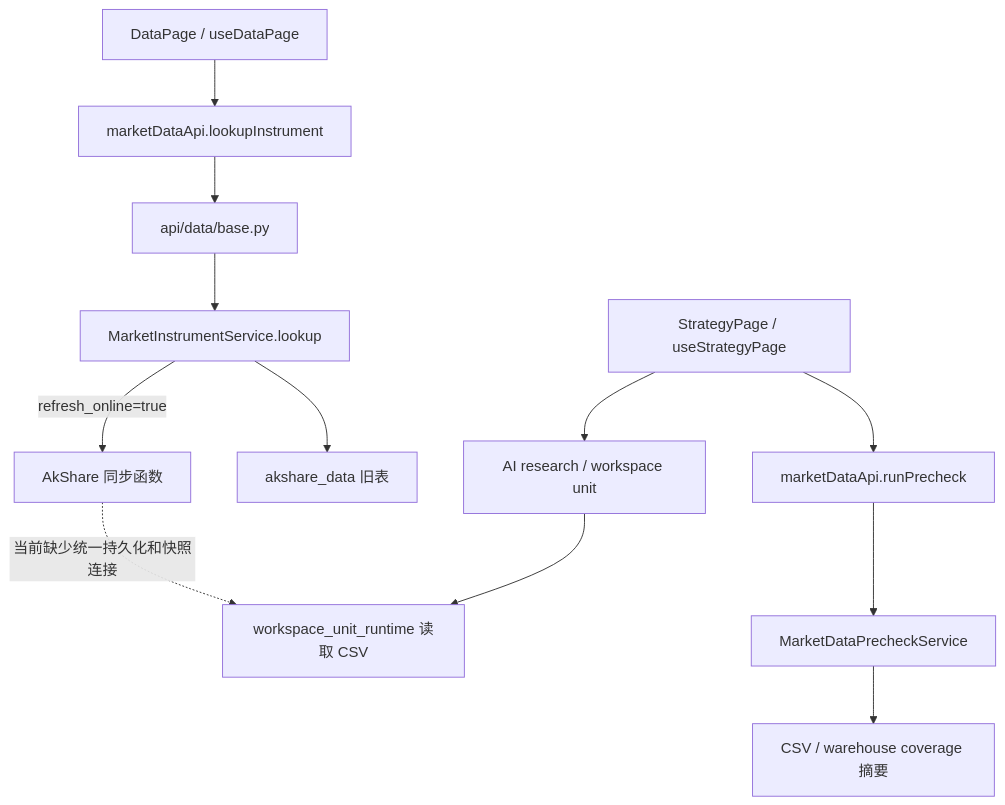
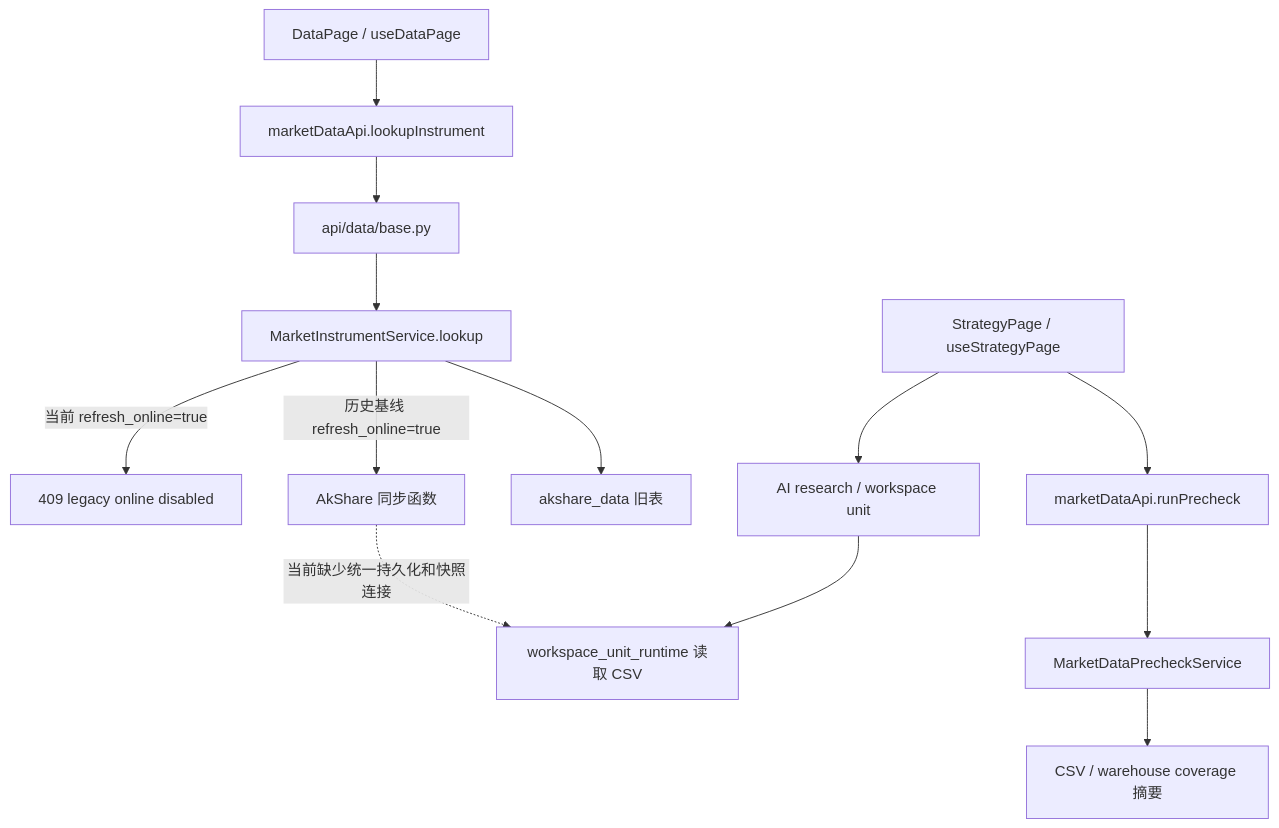
Before and after one commit to cloudQuant/backtrader_web: the diagram in docs/iterations/迭代197-统一数据中台与OpenBB本地优先集成/RESEARCH.md, drawn with Mermaid. The commit also changed other lines of this file and 19 other files, not shown here.

Commit message:
fix(market-data): fence legacy online refresh paths

````diff
--- a/docs/iterations/迭代197-统一数据中台与OpenBB本地优先集成/RESEARCH.md
+++ b/docs/iterations/迭代197-统一数据中台与OpenBB本地优先集成/RESEARCH.md
@@ -22,14 +22,15 @@
 ```mermaid
 flowchart TD
     M[DataPage / useDataPage] --> API[marketDataApi.lookupInstrument]
     API --> ROUTE[api/data/base.py]
     ROUTE --> MI[MarketInstrumentService.lookup]
     MI --> W[akshare_data 旧表]
-    MI -->|refresh_online=true| AK[AkShare 同步函数]
+    MI -->|历史基线 refresh_online=true| AK[AkShare 同步函数]
+    MI -->|当前 refresh_online=true| REJECT[409 legacy online disabled]
     P[StrategyPage / useStrategyPage] --> PC[marketDataApi.runPrecheck]
     PC --> C[MarketDataPrecheckService]
     C --> CV[CSV / warehouse coverage 摘要]
     P --> R[AI research / workspace unit]
     R --> CSV[workspace_unit_runtime 读取 CSV]
     AK -. 当前缺少统一持久化和快照连接 .-> CSV
 ```
````
